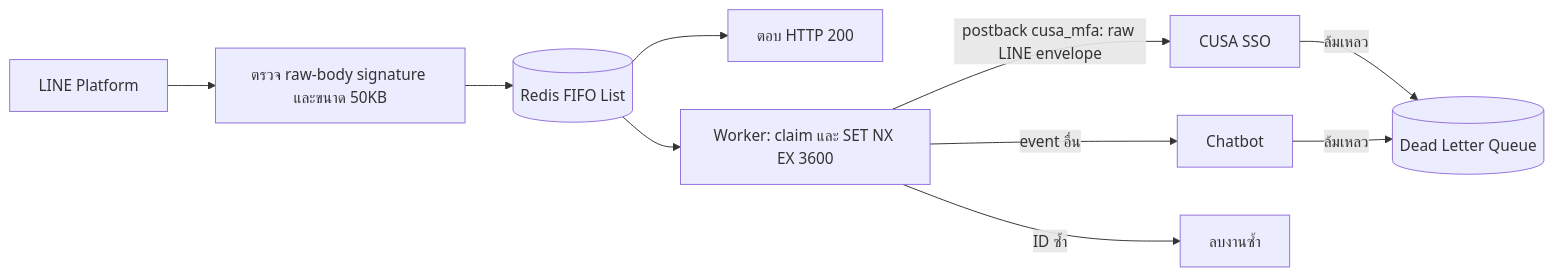
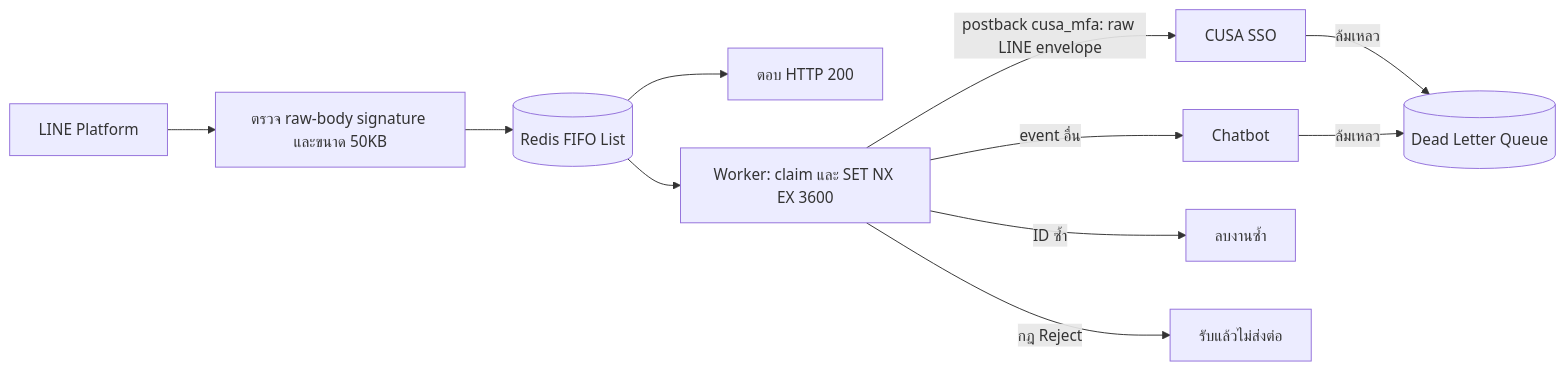
The diagram in README.md (piya46/apigatewaycusa), drawn with Mermaid before and after one commit. The commit also changed other lines of this file and 23 other files, not shown here.

````diff
--- a/README.md
+++ b/README.md
@@ -7,12 +7,13 @@
 ```mermaid
 flowchart LR
   LINE[LINE Platform] --> Verify[ตรวจ raw-body signature และขนาด 50KB]
   Verify --> Queue[(Redis FIFO List)]
   Queue --> ACK[ตอบ HTTP 200]
   Queue --> Worker[Worker: claim และ SET NX EX 3600]
   Worker -->|postback cusa_mfa: raw LINE envelope| SSO[CUSA SSO]
   Worker -->|event อื่น| Bot[Chatbot]
   Worker -->|ID ซ้ำ| Drop[ลบงานซ้ำ]
+  Worker -->|กฎ Reject| Reject[รับแล้วไม่ส่งต่อ]
   SSO -->|ล้มเหลว| DLQ[(Dead Letter Queue)]
   Bot -->|ล้มเหลว| DLQ
 ```
````
